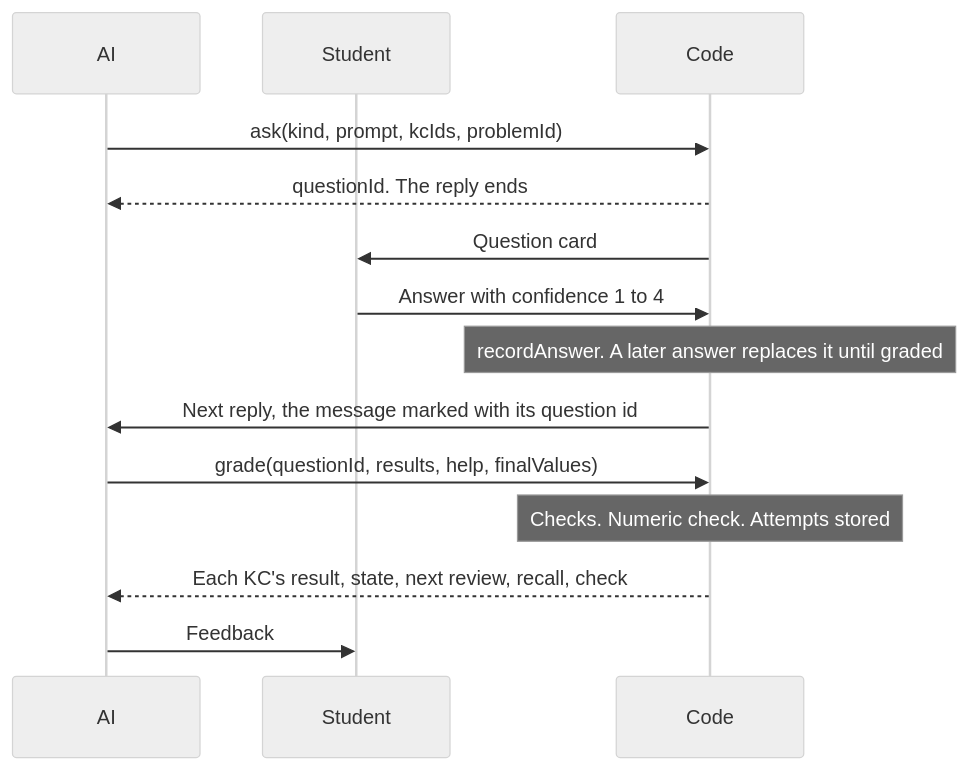
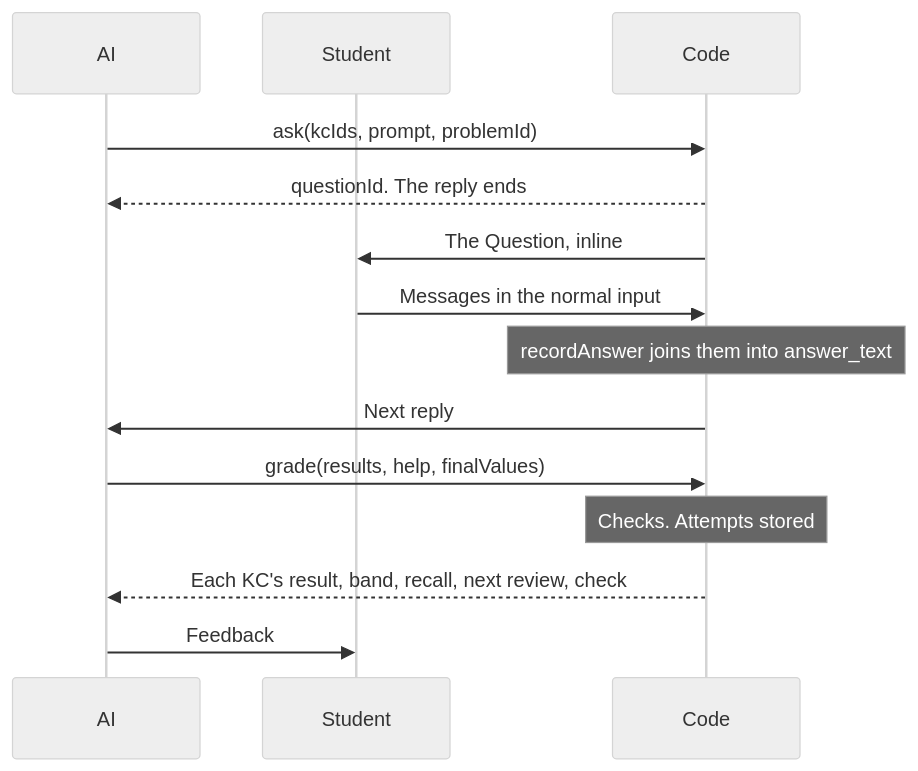
One commit to 69420pm/project-mastery changed the third of 3 diagrams in docs/features/tutoring.md. Above: the diagram before and after it, drawn with Mermaid (neutral theme). The commit also changed other lines of this file and 11 other files, not shown here.

Commit message:
docs: describe the one Study session, record ADR 0028 and update the tutor, close and generate smoke checks

````diff
--- a/docs/features/tutoring.md
+++ b/docs/features/tutoring.md
@@ -303,16 +208,16 @@
 ```mermaid
 sequenceDiagram
   participant AI
   participant Student
   participant Code
-  AI->>Code: ask(kind, prompt, kcIds, problemId)
+  AI->>Code: ask(kcIds, prompt, problemId)
   Code-->>AI: questionId. The reply ends
-  Code->>Student: Question card
-  Student->>Code: Answer with confidence 1 to 4
-  Note over Code: recordAnswer. A later answer replaces it until graded
-  Code->>AI: Next reply, the message marked with its question id
-  AI->>Code: grade(questionId, results, help, finalValues)
-  Note over Code: Checks. Numeric check. Attempts stored
-  Code-->>AI: Each KC's result, state, next review, recall, check
+  Code->>Student: The Question, inline
+  Student->>Code: Messages in the normal input
+  Note over Code: recordAnswer joins them into answer_text
+  Code->>AI: Next reply
+  AI->>Code: grade(results, help, finalValues)
+  Note over Code: Checks. Attempts stored
+  Code-->>AI: Each KC's result, band, recall, next review, check
   AI->>Student: Feedback
 ```
````
